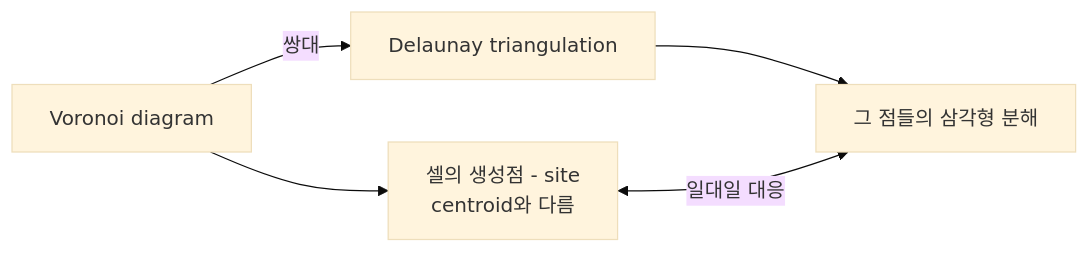
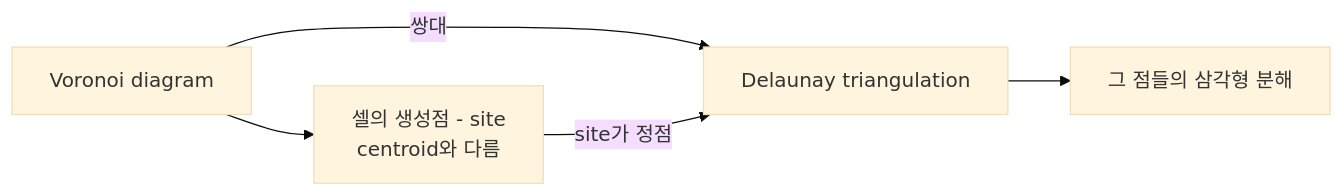
The fifth of 6 diagrams in math/part19_geometry_primitives.md (Rein-ArXiv/game-dev-curriculum), drawn with Mermaid (base theme) before and after one commit. The commit also changed other lines of this file and 231 other files, not shown here.

````diff
--- a/math/part19_geometry_primitives.md
+++ b/math/part19_geometry_primitives.md
@@ -799,7 +790,7 @@
 ```mermaid
 flowchart LR
     Voronoi[Voronoi diagram] -->|쌍대| Delaunay[Delaunay triangulation]
     Voronoi --> Cells[셀의 생성점 - site<br/>centroid와 다름]
     Delaunay --> Tris[그 점들의 삼각형 분해]
-    Cells <-->|일대일 대응| Tris
+    Cells -->|site가 정점| Delaunay
 ```
````
